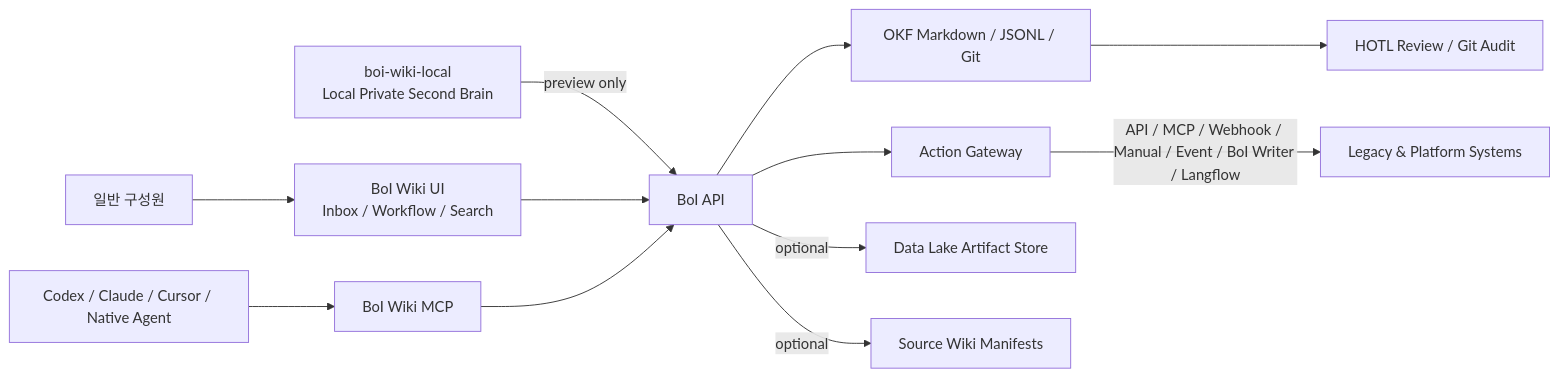
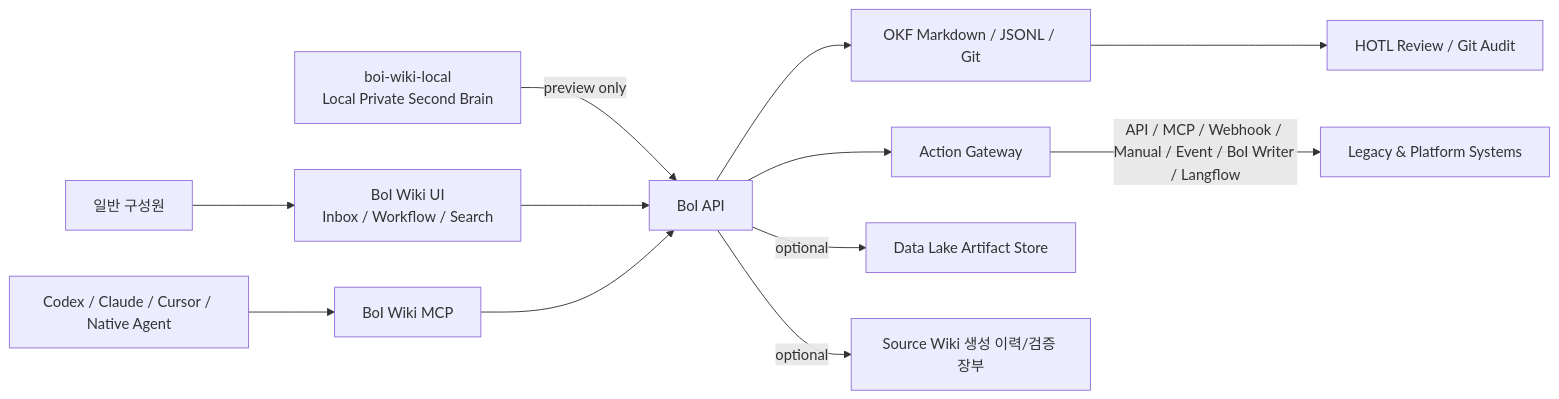
Before and after one commit to chokukil/boi-wiki: the first of 2 diagrams in data/boi/public/boi-wiki-manual/guide/final-operator-guide.md, drawn with Mermaid. The commit also changed other lines of this file and 5 other files, not shown here.

First line of the commit message:
docs: enforce local-only source wiki policy

````diff
--- a/data/boi/public/boi-wiki-manual/guide/final-operator-guide.md
+++ b/data/boi/public/boi-wiki-manual/guide/final-operator-guide.md
@@ -83,14 +81,14 @@
 ```mermaid
 flowchart LR
   USER["일반 구성원"] --> UI["BoI Wiki UI<br/>Inbox / Workflow / Search"]
   LOCAL["boi-wiki-local<br/>Local Private Second Brain"] -->|preview only| API["BoI API"]
   AGENT["Codex / Claude / Cursor / Native Agent"] --> MCP["BoI Wiki MCP"]
   UI --> API
   MCP --> API
   API --> OKF["OKF Markdown / JSONL / Git"]
   API --> GATE["Action Gateway"]
   GATE -->|"API / MCP / Webhook / Manual / Event / BoI Writer / Langflow"| SYS["Legacy & Platform Systems"]
   API -->|"optional"| DL["Data Lake Artifact Store"]
-  API -->|"optional"| SRC["Source Wiki Manifests"]
+  API -->|"optional"| SRC["Source Wiki 생성 이력/검증 장부"]
   OKF --> HOTL["HOTL Review / Git Audit"]
 ```
````
